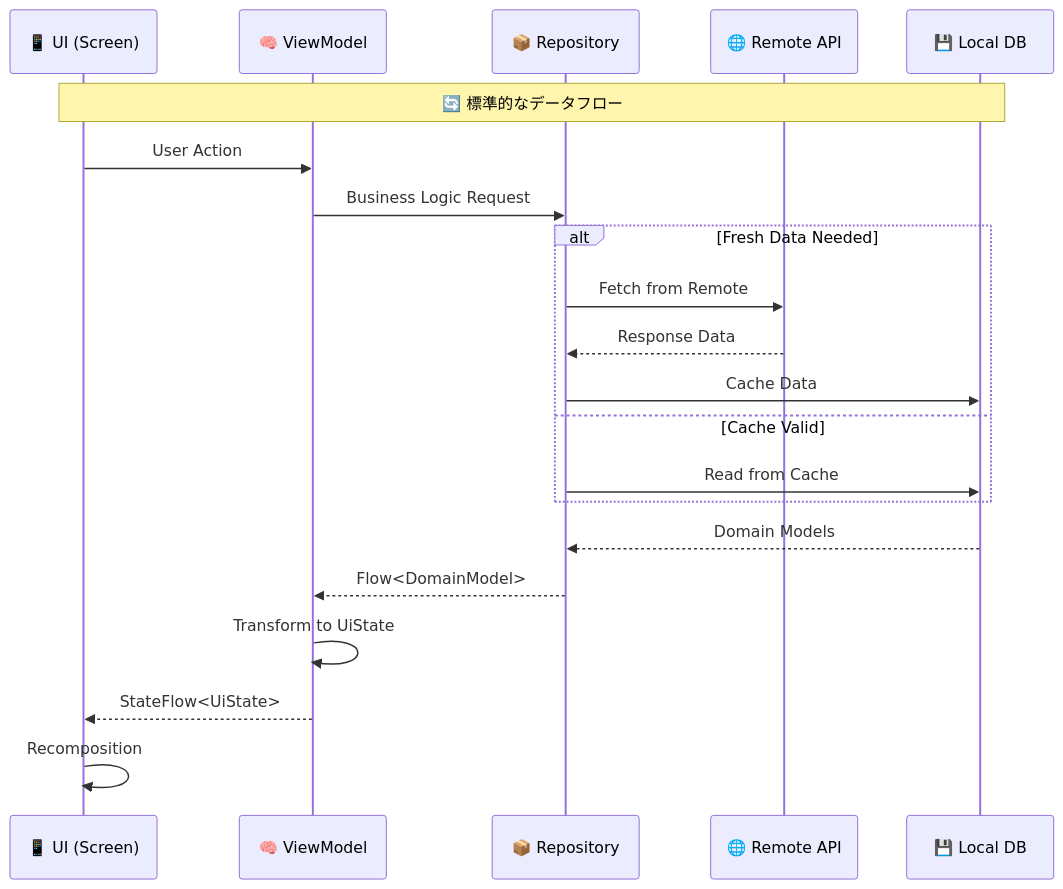
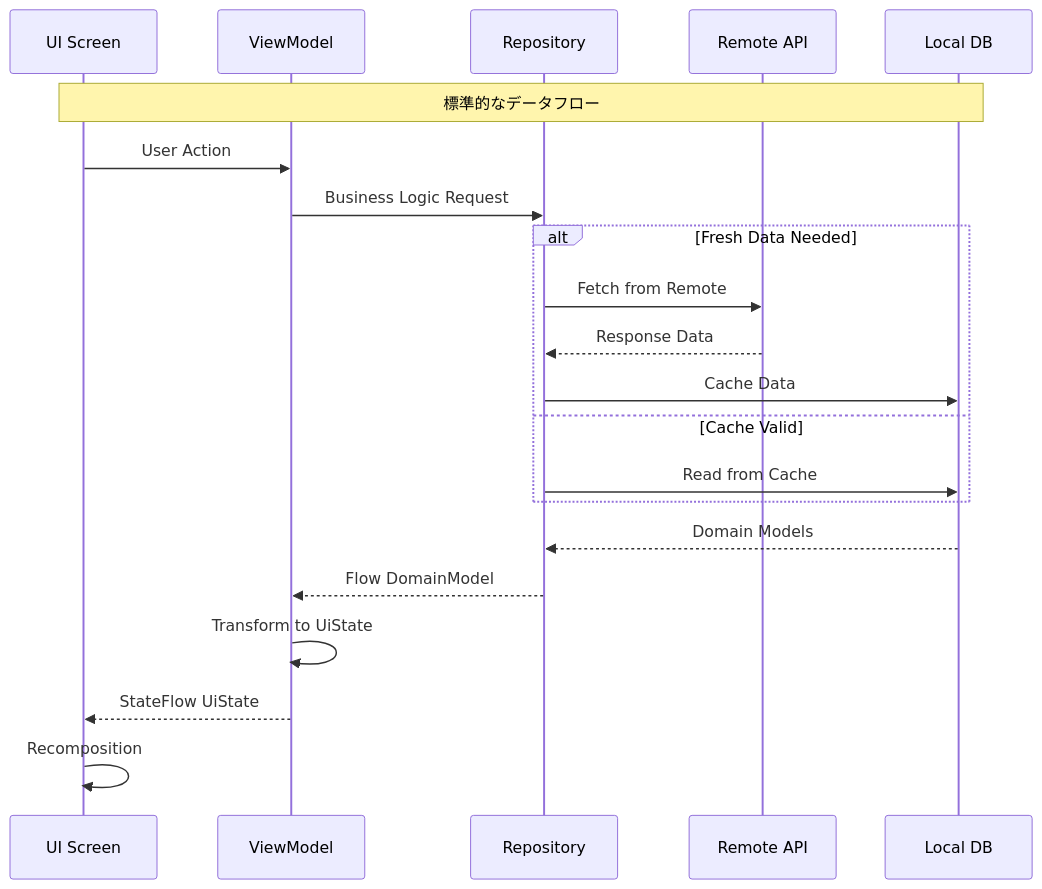
Before and after one commit to shimanukims/android-base: the third of 10 diagrams in ARCHITECTURE_GUIDE.md, drawn with Mermaid. The commit also changed other lines of this file, not shown here.

Commit message:
change architecture guide

````diff
--- a/ARCHITECTURE_GUIDE.md
+++ b/ARCHITECTURE_GUIDE.md
@@ -97,27 +214,27 @@
 ```mermaid
 sequenceDiagram
-    participant UI as 📱 UI (Screen)
-    participant VM as 🧠 ViewModel
-    participant Repo as 📦 Repository
-    participant API as 🌐 Remote API
-    participant DB as 💾 Local DB
+    participant UI as UI Screen
+    participant VM as ViewModel
+    participant Repo as Repository
+    participant API as Remote API
+    participant DB as Local DB
     
-    Note over UI,DB: 🔄 標準的なデータフロー
+    Note over UI,DB: 標準的なデータフロー
     
     UI->>VM: User Action
     VM->>Repo: Business Logic Request
     
     alt Fresh Data Needed
         Repo->>API: Fetch from Remote
         API-->>Repo: Response Data
         Repo->>DB: Cache Data
     else Cache Valid
         Repo->>DB: Read from Cache
     end
     
     DB-->>Repo: Domain Models
-    Repo-->>VM: Flow<DomainModel>
+    Repo-->>VM: Flow DomainModel
     VM->>VM: Transform to UiState
-    VM-->>UI: StateFlow<UiState>
+    VM-->>UI: StateFlow UiState
     UI->>UI: Recomposition
 ```
````
